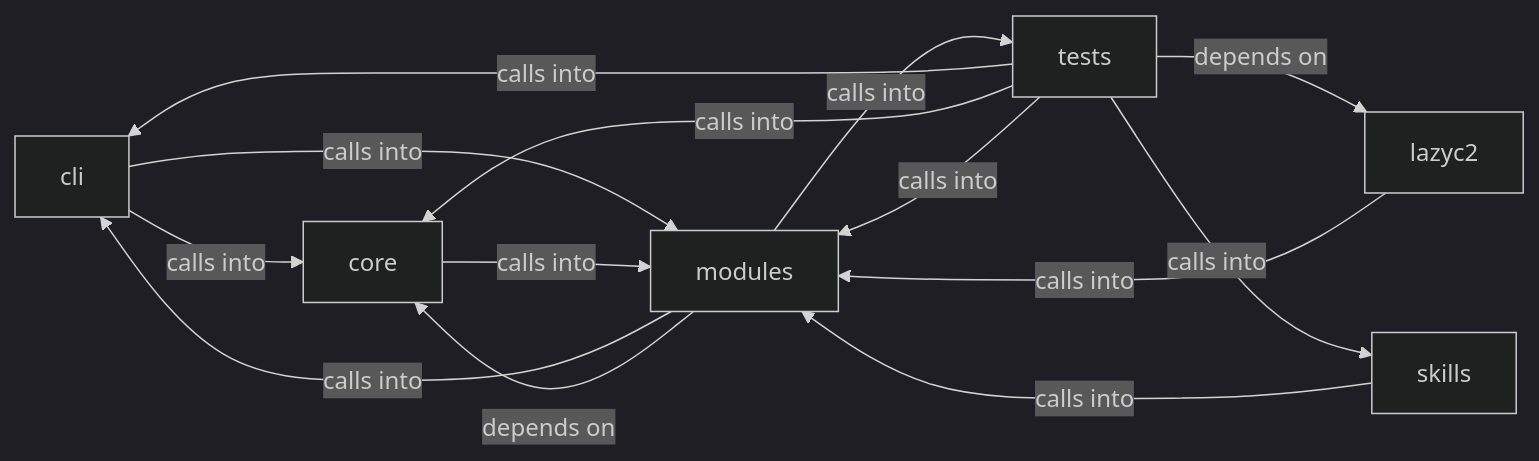
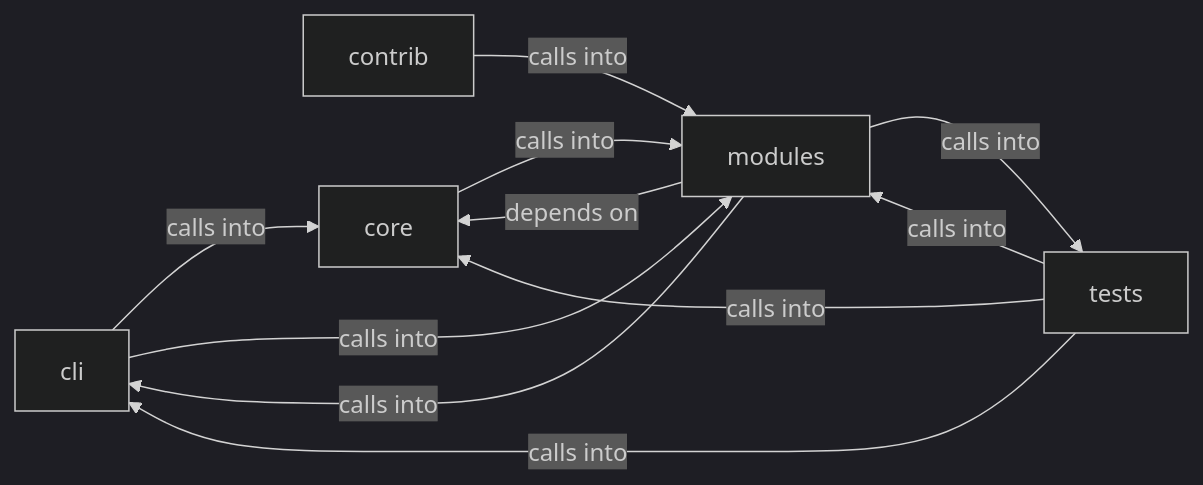
Before and after one commit to grisuno/LazyOwn: the diagram in readmenator-diagrams/modules_lazy_loop.md, drawn with Mermaid (dark theme). The commit also changed other lines of this file and 415 other files, not shown here.

````diff
--- a/readmenator-diagrams/modules_lazy_loop.md
+++ b/readmenator-diagrams/modules_lazy_loop.md
@@ -5,22 +5,18 @@
 ```mermaid
 graph LR
     cli["cli"]
+    contrib["contrib"]
     core["core"]
-    lazyc2["lazyc2"]
     modules["modules"]
-    skills["skills"]
     tests["tests"]
     cli -- "calls into" --> core
     cli -- "calls into" --> modules
+    contrib -- "calls into" --> modules
     core -- "calls into" --> modules
-    lazyc2 -- "calls into" --> modules
     modules -- "calls into" --> cli
     modules -- "depends on" --> core
     modules -- "calls into" --> tests
-    skills -- "calls into" --> modules
     tests -- "calls into" --> cli
     tests -- "calls into" --> core
-    tests -- "depends on" --> lazyc2
     tests -- "calls into" --> modules
-    tests -- "calls into" --> skills
 ```
````
